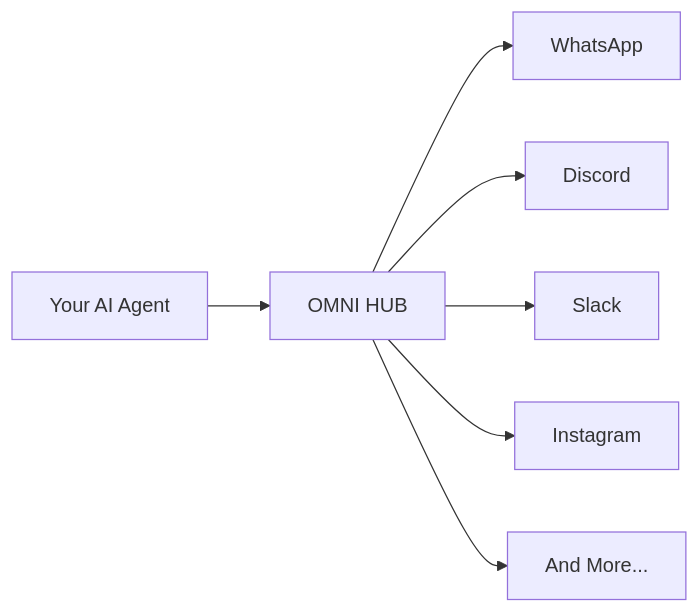
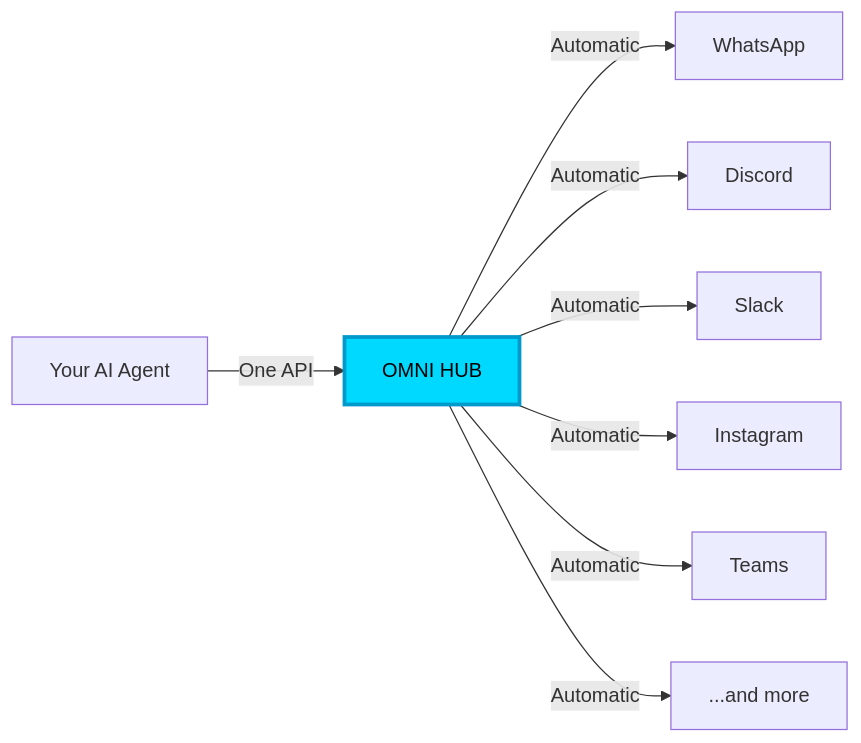
The diagram in README.md (namastexlabs/automagik-omni), drawn with Mermaid before and after one commit. The commit also changed other lines of this file and 3 other files, not shown here.

````diff
--- a/README.md
+++ b/README.md
@@ -53,9 +53,12 @@
 ```mermaid
 graph LR
-    A[Your AI Agent] --> B[OMNI HUB]
-    B --> C[WhatsApp]
-    B --> D[Discord]
-    B --> E[Slack]
-    B --> F[Instagram]
-    B --> G[And More...]
+    A[Your AI Agent] -->|One API| B[OMNI HUB]
+    B -->|Automatic| C[WhatsApp]
+    B -->|Automatic| D[Discord]
+    B -->|Automatic| E[Slack]
+    B -->|Automatic| F[Instagram]
+    B -->|Automatic| G[Teams]
+    B -->|Automatic| H[...and more]
+
+    style B fill:#00D9FF,stroke:#0099CC,stroke-width:3px,color:#000
 ```
````
